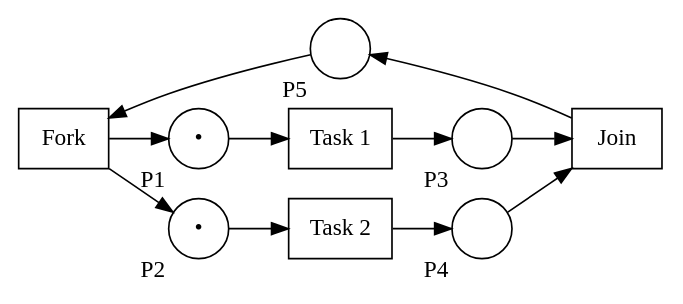
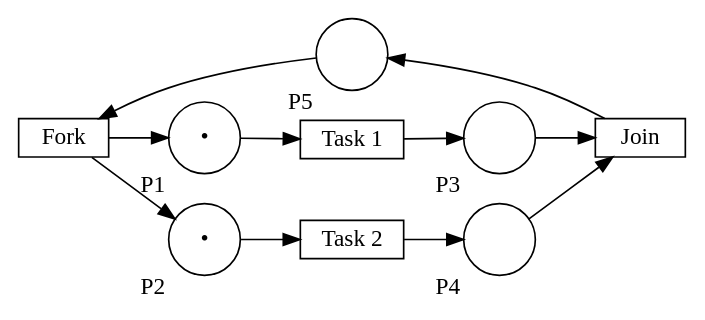
One commit to hlisdero/thesis changed the diagram in dot/parallel-activities-example.dot. Above: the diagram before and after it, drawn with Graphviz. The commit also changed 9 other files, not shown here.

First line of the commit message:
Unify the look of the remaining diagrams for the Petri net modelling example. Convert to SVG.

```diff
--- a/dot/parallel-activities-example.dot
+++ b/dot/parallel-activities-example.dot
@@ -1,24 +1,24 @@
 digraph parallel_activities {
     rankdir="LR";
-    P1 [shape="circle" xlabel="P1" label="•"];
-    P2 [shape="circle" xlabel="P2" label="•"];
-    P3 [shape="circle" xlabel="P3" label=""];
-    P4 [shape="circle" xlabel="P4" label=""];
-    P5 [shape="circle" xlabel="P5" label=""];
+    P1 [width=0.6 shape="circle" xlabel="P1" label="•"];
+    P2 [width=0.6 shape="circle" xlabel="P2" label="•"];
+    P3 [width=0.6 shape="circle" xlabel="P3" label=""];
+    P4 [width=0.6 shape="circle" xlabel="P4" label=""];
+    P5 [width=0.6 shape="circle" xlabel="P5" label=""];
     
-    T1 [shape="box" xlabel="" label="Fork"];
-    T2 [shape="box" xlabel="" label="Task 1"];
-    T3 [shape="box" xlabel="" label="Task 2"];
-    T4 [shape="box" xlabel="" label="Join"];
+    T1 [height=0.1 shape="box" xlabel="" label="Fork"];
+    T2 [height=0.1 shape="box" xlabel="" label="Task 1"];
+    T3 [height=0.1 shape="box" xlabel="" label="Task 2"];
+    T4 [height=0.1 shape="box" xlabel="" label="Join"];
 
     T1 -> P1 -> T2 -> P3 -> T4;
     T1 -> P2 -> T3 -> P4 -> T4;
     T4 -> P5 -> T1;
 
     // Order the nodes in 5 different levels
     {rank = min; T1;}    
     {rank = same; P1; P2;}
     {rank = same; P5; T2; T3;}
     {rank = same; P3; P4;}
     {rank = same; T4;}
 }
```
